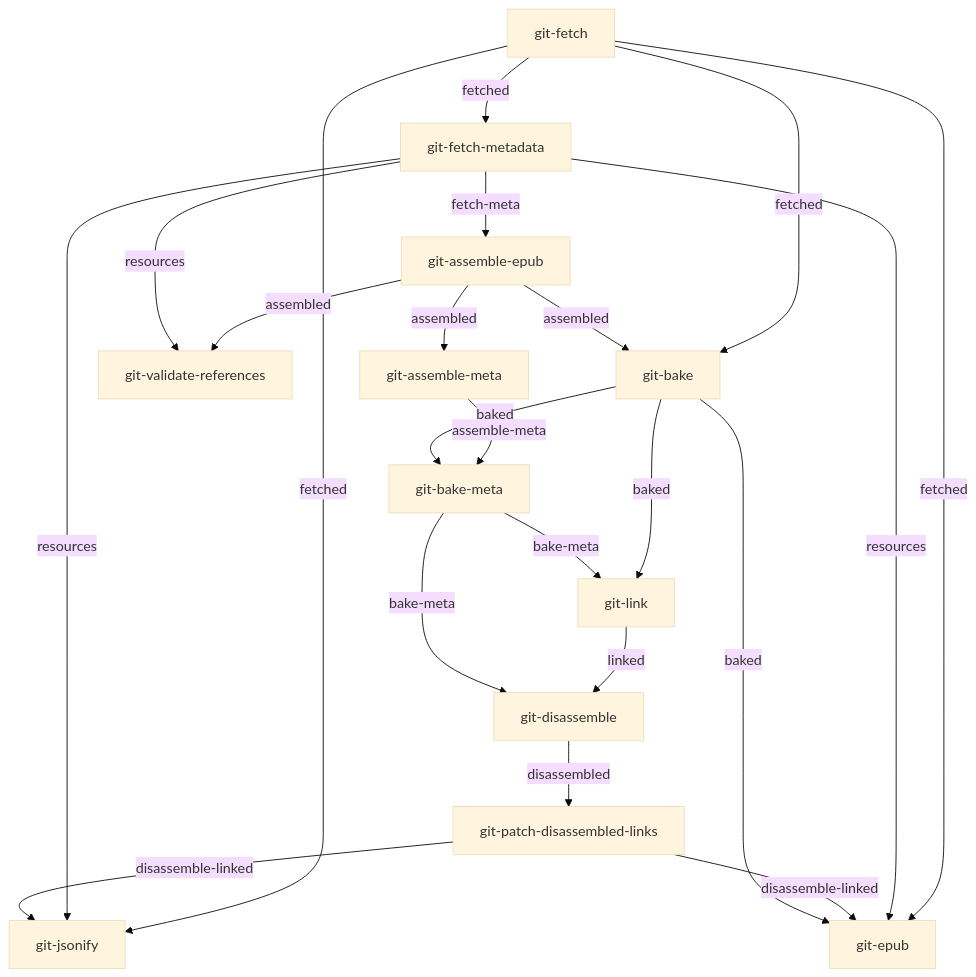
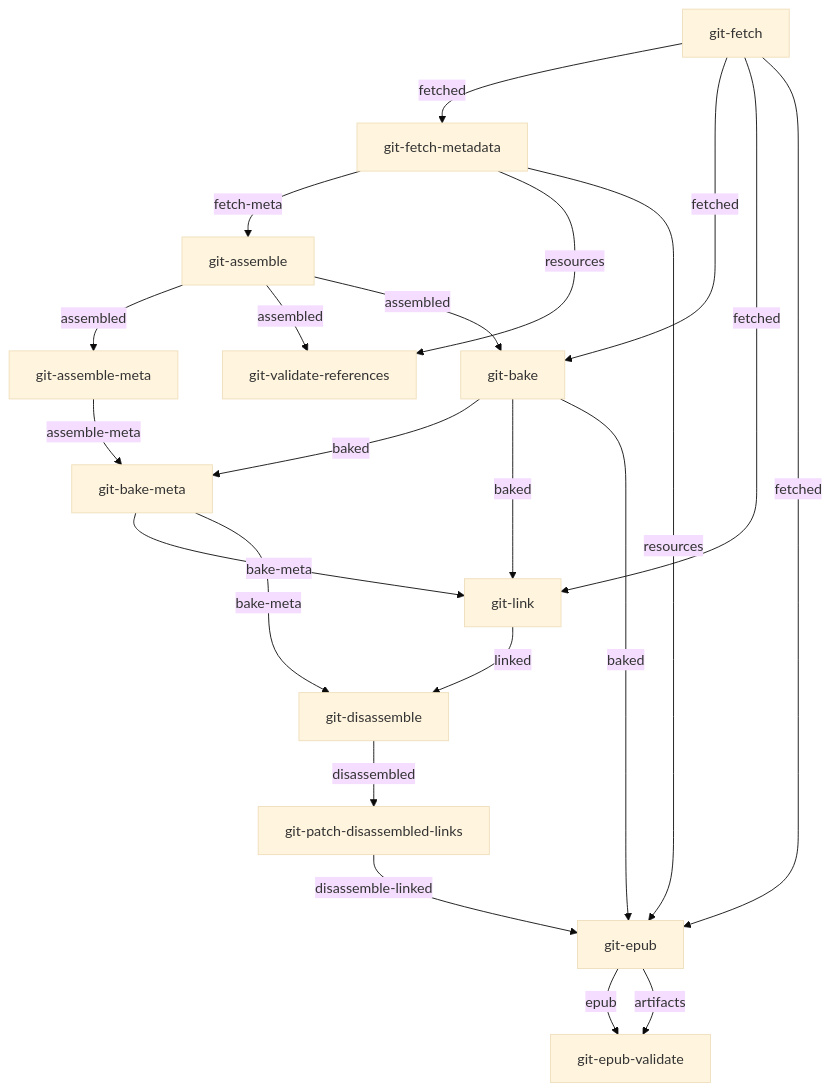
One commit to openstax/enki changed the third of 4 diagrams in build-concourse/graphs/README.md. Above: the diagram before and after it, drawn with Mermaid (base theme). The commit also changed other lines of this file and 2 other files, not shown here.

Commit message:
update autogenerated files

````diff
--- a/build-concourse/graphs/README.md
+++ b/build-concourse/graphs/README.md
@@ -66,24 +68,24 @@
 ```mermaid
 graph TB
     git-fetch -- fetched --> git-fetch-metadata
-    git-fetch-metadata -- fetch-meta --> git-assemble-epub
-    git-assemble-epub -- assembled --> git-assemble-meta
-    git-assemble-epub -- assembled --> git-validate-references
+    git-fetch-metadata -- fetch-meta --> git-assemble
+    git-assemble -- assembled --> git-assemble-meta
+    git-assemble -- assembled --> git-validate-references
     git-fetch-metadata -- resources --> git-validate-references
     git-fetch -- fetched --> git-bake
-    git-assemble-epub -- assembled --> git-bake
+    git-assemble -- assembled --> git-bake
     git-assemble-meta -- assemble-meta --> git-bake-meta
     git-bake -- baked --> git-bake-meta
     git-bake -- baked --> git-link
     git-bake-meta -- bake-meta --> git-link
+    git-fetch -- fetched --> git-link
     git-link -- linked --> git-disassemble
     git-bake-meta -- bake-meta --> git-disassemble
     git-disassemble -- disassembled --> git-patch-disassembled-links
-    git-fetch -- fetched --> git-jsonify
-    git-fetch-metadata -- resources --> git-jsonify
-    git-patch-disassembled-links -- disassemble-linked --> git-jsonify
     git-fetch -- fetched --> git-epub
     git-fetch-metadata -- resources --> git-epub
     git-patch-disassembled-links -- disassemble-linked --> git-epub
     git-bake -- baked --> git-epub
+    git-epub -- epub --> git-epub-validate
+    git-epub -- artifacts --> git-epub-validate
 ```
````
